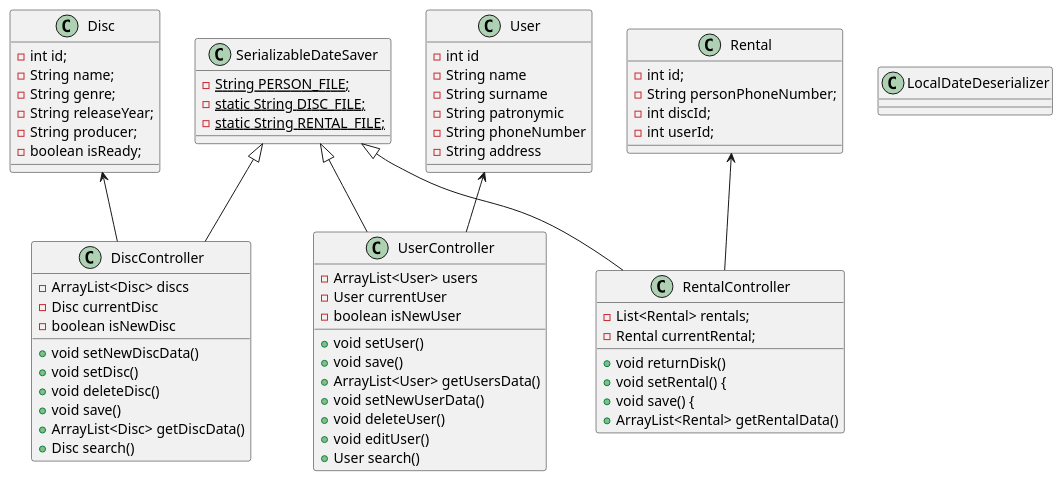
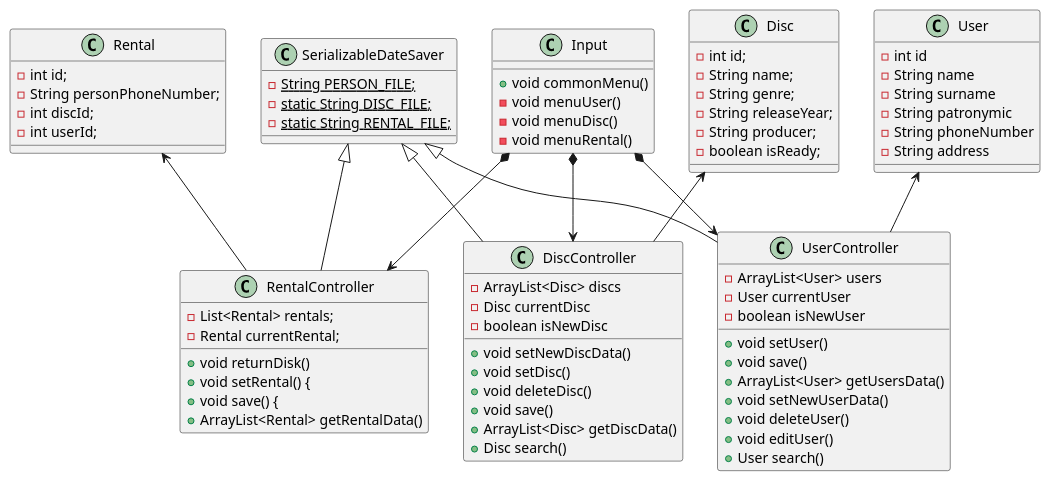
Before and after one commit to Violetta-9/disc-rental: the diagram in src/Controller/Diagram.puml, drawn with PlantUML. The commit also changed 1 other file, not shown here.

```diff
--- a/src/Controller/Diagram.puml
+++ b/src/Controller/Diagram.puml
@@ -1,74 +1,80 @@
 @startuml
   class Disc{
 
     - int id;
     - String name;
     - String genre;
     - String releaseYear;
     - String producer;
     - boolean isReady;
     }
      Disc <-- DiscController
     class DiscController{
     - ArrayList<Disc> discs
     - Disc currentDisc
     - boolean isNewDisc
     + void setNewDiscData()
     + void setDisc()
     + void deleteDisc()
     + void save()
     + ArrayList<Disc> getDiscData()
     + Disc search()
 
     }
     class User{
     - int id
     - String name
     - String surname
     - String patronymic
     - String phoneNumber
     - String address
     }
     class UserController{
          - ArrayList<User> users
          - User currentUser
          - boolean isNewUser
          + void setUser()
          + void save()
          + ArrayList<User> getUsersData()
          + void setNewUserData()
          + void deleteUser()
          + void editUser()
          + User search()
 
         }
     User <-- UserController
     class Rental{
      - int id;
      - String personPhoneNumber;
      - int discId;
      - int userId;
     }
 
      class RentalController{
      - List<Rental> rentals;
      - Rental currentRental;
       + void returnDisk()
       + void setRental() {
       + void save() {
       + ArrayList<Rental> getRentalData()
      }
       Rental <-- RentalController
 
       class SerializableDateSaver{
       -  {static} String PERSON_FILE;
       -  {static}  static String DISC_FILE;
       -  {static}  static String RENTAL_FILE;
       }
       SerializableDateSaver <|-- UserController
       SerializableDateSaver <|-- DiscController
       SerializableDateSaver <|-- RentalController
- class LocalDateDeserializer{
+ class Input{
+  +  void commonMenu()
+  -  void menuUser()
+  -  void menuDisc()
+  -  void menuRental()
 }
-
+Input*--> DiscController
+Input*--> UserController
+Input*--> RentalController
 @enduml
```
